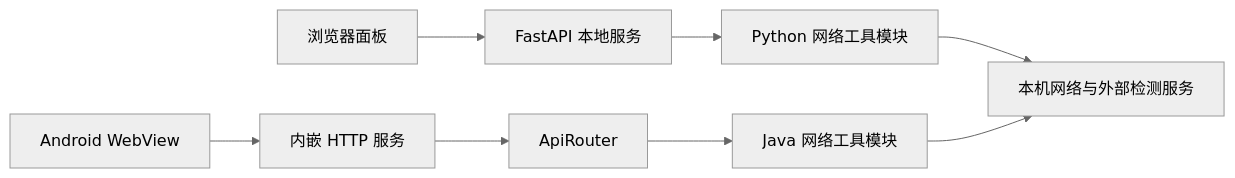
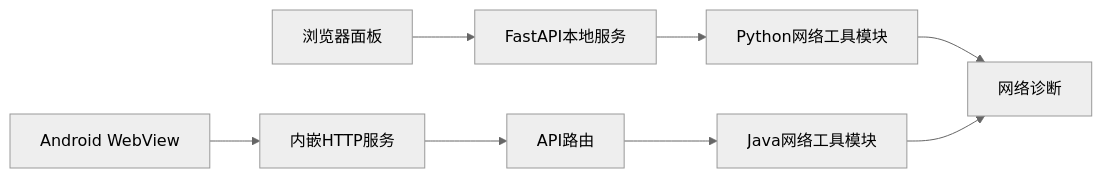
One commit to cfn0324/cfn0324.github.io changed the first of 3 diagrams in source/_posts/Post14.md. Above: the diagram before and after it, drawn with Mermaid (neutral theme). The commit also changed other lines of this file, not shown here.

Commit message:
Fix Mermaid diagrams for version 8

````diff
--- a/source/_posts/Post14.md
+++ b/source/_posts/Post14.md
@@ -17,10 +17,10 @@
 ```mermaid
-flowchart LR
-    Browser[浏览器面板] --> FastAPI[FastAPI 本地服务]
-    FastAPI --> PyModules[Python 网络工具模块]
-    PyModules --> Network[本机网络与外部检测服务]
-    WebView[Android WebView] --> Embedded[内嵌 HTTP 服务]
-    Embedded --> Router[ApiRouter]
-    Router --> JavaModules[Java 网络工具模块]
+graph LR
+    Browser[浏览器面板] --> FastAPI[FastAPI本地服务]
+    FastAPI --> PyModules[Python网络工具模块]
+    PyModules --> Network[网络诊断]
+    WebView[Android WebView] --> Embedded[内嵌HTTP服务]
+    Embedded --> Router[API路由]
+    Router --> JavaModules[Java网络工具模块]
     JavaModules --> Network
 ```
````
